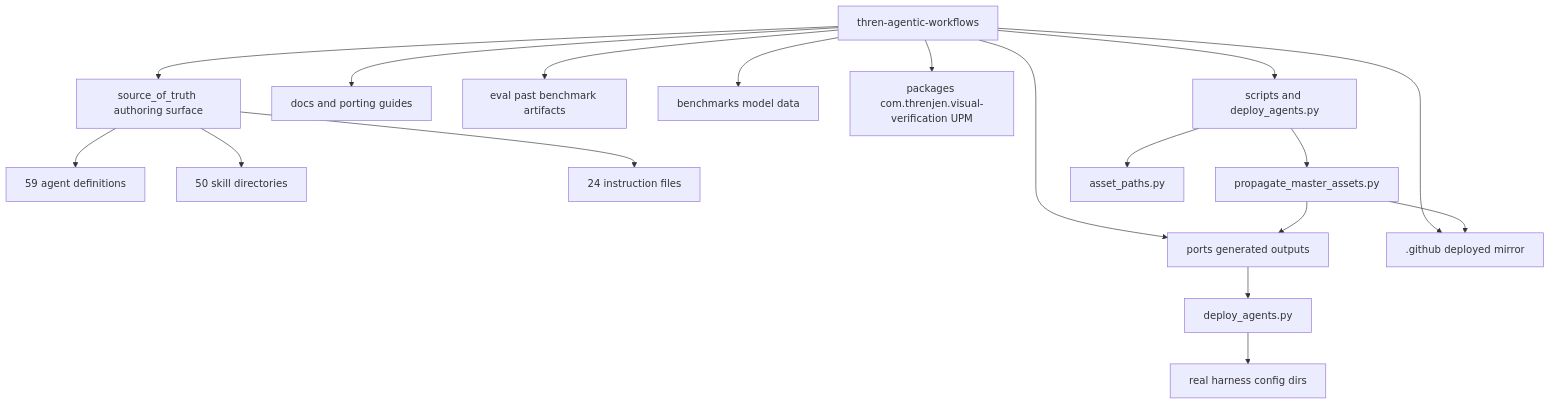
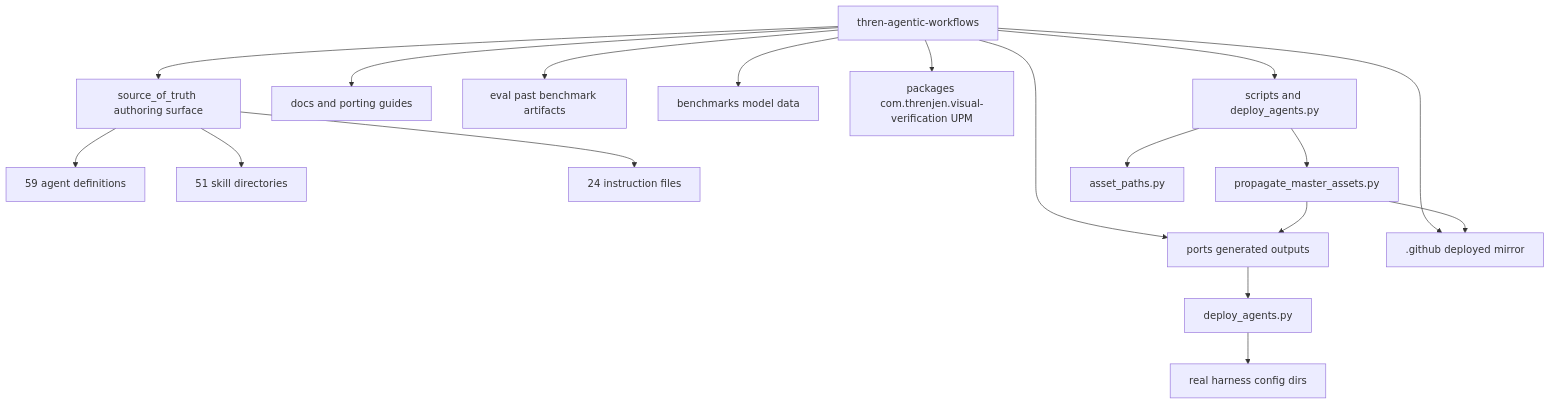
The first of 4 diagrams in docs/ARCHITECTURE.md (threnjen/thren-agentic-workflows), drawn with Mermaid before and after one commit. The commit also changed other lines of this file and 50 other files, not shown here.

````diff
--- a/docs/ARCHITECTURE.md
+++ b/docs/ARCHITECTURE.md
@@ -22,24 +22,24 @@
 ```mermaid
 flowchart TD
     Root[thren-agentic-workflows]
 
     Root --> SOT[source_of_truth authoring surface]
     Root --> Ports[ports generated outputs]
     Root --> DotGithub[.github deployed mirror]
     Root --> Docs[docs and porting guides]
     Root --> Eval[eval past benchmark artifacts]
     Root --> Bench[benchmarks model data]
     Root --> Pkg[packages com.threnjen.visual-verification UPM]
     Root --> Scripts[scripts and deploy_agents.py]
 
     SOT --> Agents[59 agent definitions]
-    SOT --> Skills[50 skill directories]
+    SOT --> Skills[51 skill directories]
     SOT --> Instructions[24 instruction files]
 
     Scripts --> Propagate[propagate_master_assets.py]
     Scripts --> Shared[asset_paths.py]
     Propagate --> Ports
     Propagate --> DotGithub
     Deploy[deploy_agents.py] --> RealDirs[real harness config dirs]
     Ports --> Deploy
 ```
````
